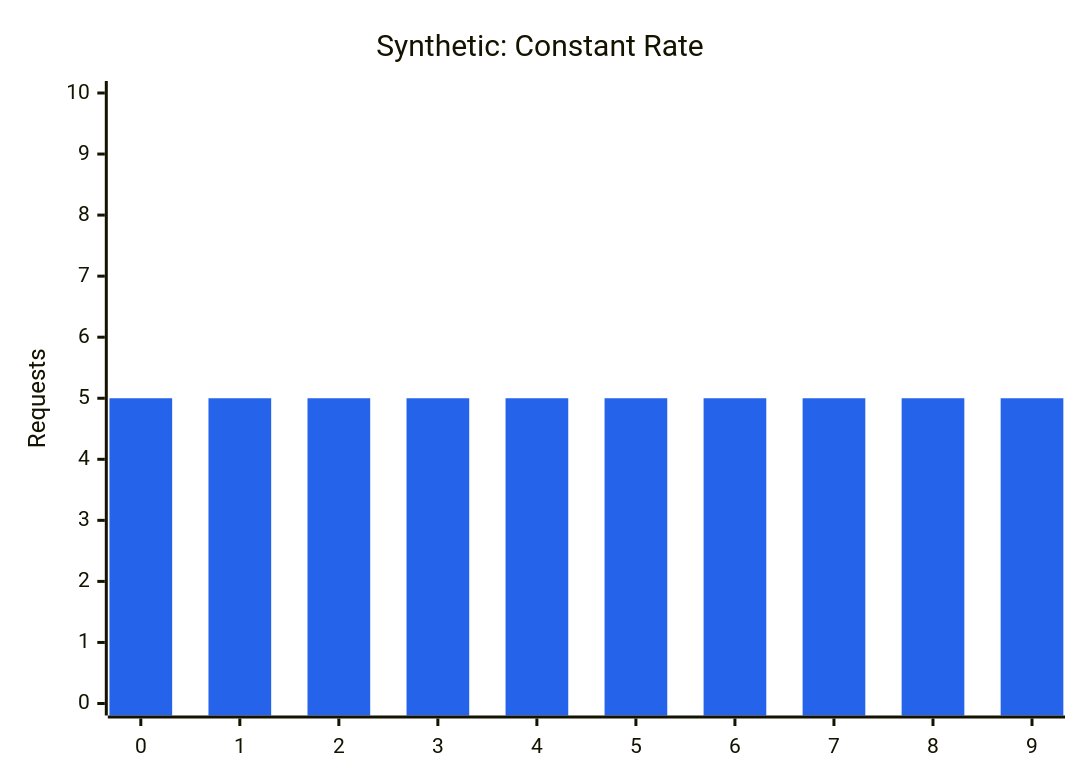
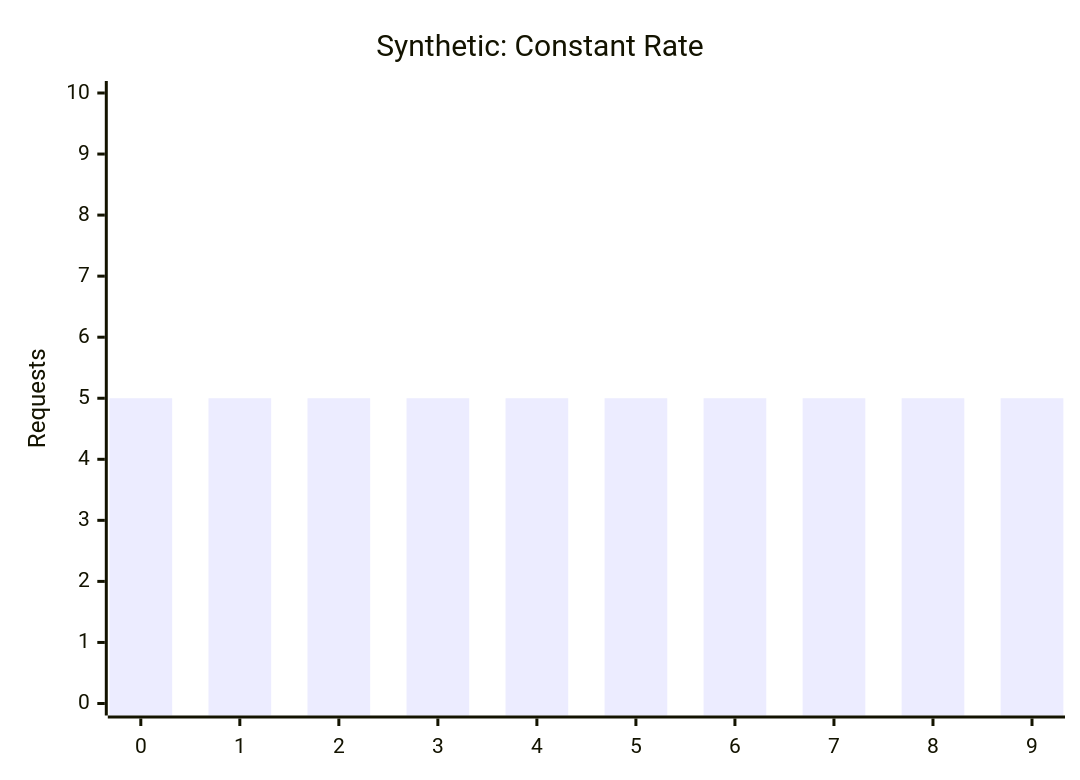
One commit to Shahriarin2garden/vllm_from_scratch changed the second of 50 diagrams in lab0.4/README.md. Above: the diagram before and after it, drawn with Mermaid. The commit also changed other lines of this file, not shown here.

Commit message:
Refactor diagrams in README.md for improved clarity and detail on memory allocation and scheduling concepts

````diff
--- a/lab0.4/README.md
+++ b/lab0.4/README.md
@@ -142,13 +140,7 @@
 ```mermaid
----
-config:
-  themeVariables:
-    xyChart:
-      plotColorPalette: "#2563eb"
----
 xychart-beta
     title "Synthetic: Constant Rate"
     x-axis [0, 1, 2, 3, 4, 5, 6, 7, 8, 9]
     y-axis "Requests" 0 --> 10
     bar [5,5,5,5,5,5,5,5,5,5]
 ```
````
